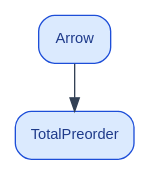
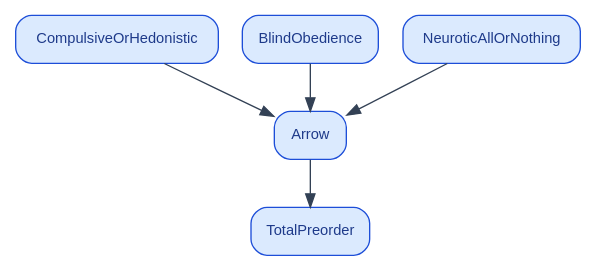
The diagram in Actions/Choice/Arrow.dot (catskillsresearch/nowakowska1982), drawn with Graphviz before and after one commit. The commit also changed 27 other files, not shown here.

```diff
--- a/Actions/Choice/Arrow.dot
+++ b/Actions/Choice/Arrow.dot
@@ -1,11 +1,17 @@
 digraph Arrow {
   rankdir=TB;
   node [shape=box, style="rounded,filled", fillcolor="#dbeafe",
         color="#1d4ed8", fontname="Helvetica", fontsize=11, fontcolor="#1e3a8a"];
   edge [color="#334155"];
 
   TotalPreorder [label="TotalPreorder"];
   Arrow [label="Arrow"];
+  CompulsiveOrHedonistic [label="CompulsiveOrHedonistic"];
+  BlindObedience [label="BlindObedience"];
+  NeuroticAllOrNothing [label="NeuroticAllOrNothing"];
 
   Arrow -> TotalPreorder;
+  CompulsiveOrHedonistic -> Arrow;
+  BlindObedience -> Arrow;
+  NeuroticAllOrNothing -> Arrow;
 }
```
